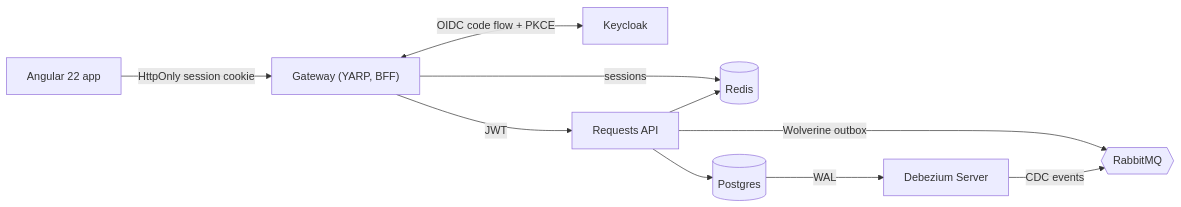
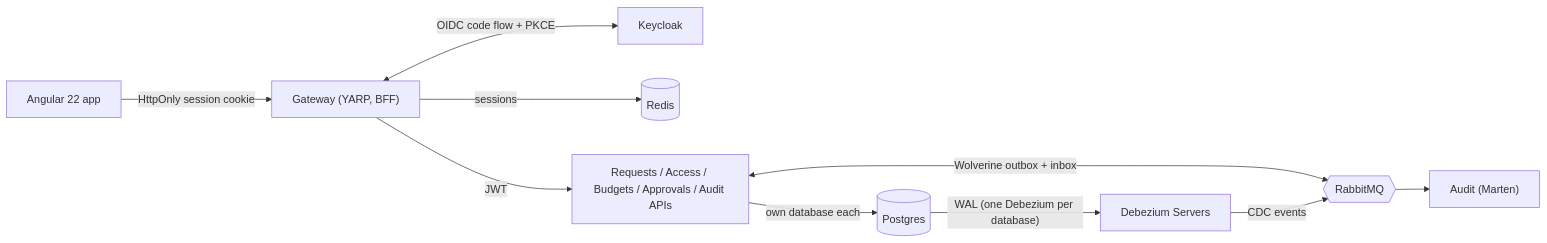
Before and after one commit to modefan/procure-ai: the first of 2 diagrams in README.md, drawn with Mermaid. The commit also changed other lines of this file and 3 other files, not shown here.

Commit message:
ci: drift check covers all five OpenAPI documents, system tests step (off); docs: README services, approval flow, design decisions; fix system test review findings

````diff
--- a/README.md
+++ b/README.md
@@ -16,12 +17,12 @@
 ```mermaid
 flowchart LR
     Browser["Angular 22 app"] -->|"HttpOnly session cookie"| GW["Gateway (YARP, BFF)"]
     GW <-->|"OIDC code flow + PKCE"| KC["Keycloak"]
     GW -->|"sessions"| Redis[("Redis")]
-    GW -->|"JWT"| Req["Requests API"]
-    Req --> PG[("Postgres")]
-    Req -->|"Wolverine outbox"| MQ{{"RabbitMQ"}}
-    Req --> Redis
-    PG -->|"WAL"| DBZ["Debezium Server"]
+    GW -->|"JWT"| Svc["Requests / Access / Budgets / Approvals / Audit APIs"]
+    Svc -->|"own database each"| PG[("Postgres")]
+    Svc <-->|"Wolverine outbox + inbox"| MQ{{"RabbitMQ"}}
+    PG -->|"WAL (one Debezium per database)"| DBZ["Debezium Servers"]
     DBZ -->|"CDC events"| MQ
+    MQ --> Audit["Audit (Marten)"]
 ```
````
